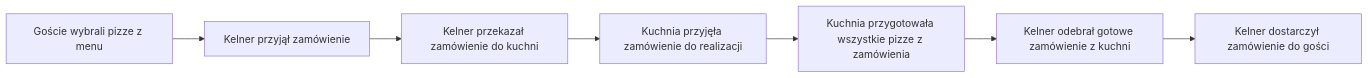
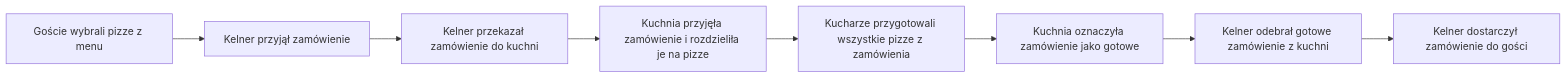
Before and after one commit to mmalessa/pizzeria: the second of 10 diagrams in doc/010_big_picture.md, drawn with Mermaid. The commit also changed other lines of this file and 3 other files, not shown here.

````diff
--- a/doc/010_big_picture.md
+++ b/doc/010_big_picture.md
@@ -53,11 +53,12 @@
 ```mermaid
 flowchart LR
 
 A[Goście wybrali pizze z menu]
 --> B[Kelner przyjął zamówienie]
 --> C[Kelner przekazał zamówienie do kuchni]
---> D[Kuchnia przyjęła zamówienie do realizacji]
---> E[Kuchnia przygotowała wszystkie pizze z zamówienia]
---> F[Kelner odebrał gotowe zamówienie z kuchni]
---> G[Kelner dostarczył zamówienie do gości]
+--> D[Kuchnia przyjęła zamówienie i rozdzieliła je na pizze]
+--> E[Kucharze przygotowali wszystkie pizze z zamówienia]
+--> F[Kuchnia oznaczyła zamówienie jako gotowe]
+--> G[Kelner odebrał gotowe zamówienie z kuchni]
+--> H[Kelner dostarczył zamówienie do gości]
 ```
````
